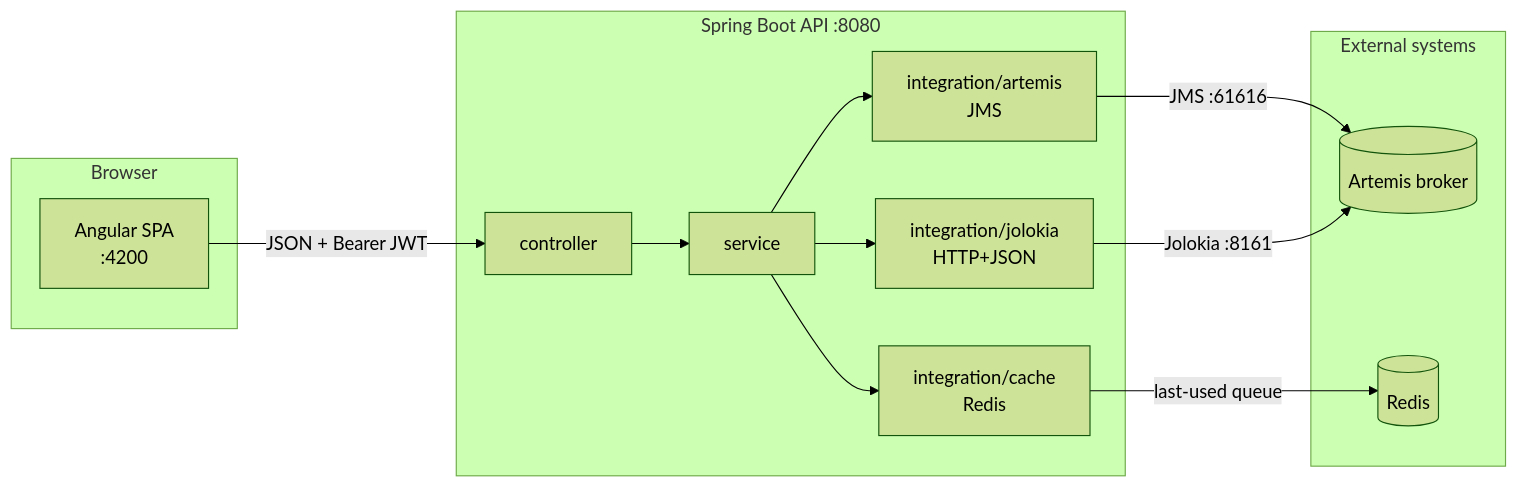
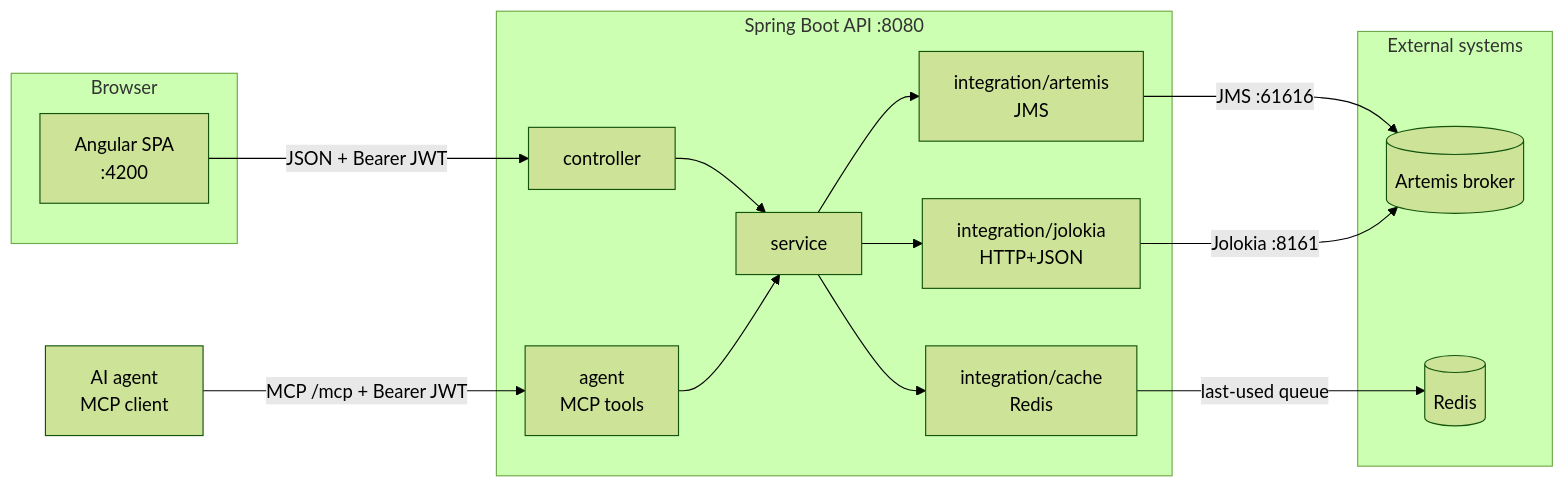
Before and after one commit to Jason-McKay/message-inspector: the diagram in README.md, drawn with Mermaid (forest theme). The commit also changed other lines of this file and 2 other files, not shown here.

Commit message:
docs: document MCP server usage and demo transcript

````diff
--- a/README.md
+++ b/README.md
@@ -24,22 +24,26 @@
 ```mermaid
 flowchart LR
     subgraph browser ["Browser"]
         NG[Angular SPA<br/>:4200]
     end
+    AI[AI agent<br/>MCP client]
     subgraph api ["Spring Boot API :8080"]
         C[controller]
+        T[agent<br/>MCP tools]
         S[service]
         IA[integration/artemis<br/>JMS]
         IJ[integration/jolokia<br/>HTTP+JSON]
         IC[integration/cache<br/>Redis]
         C --> S --> IA & IJ & IC
+        T --> S
     end
     subgraph infra ["External systems"]
         AB[(Artemis broker)]
         RD[(Redis)]
     end
     NG -- "JSON + Bearer JWT" --> C
+    AI -- "MCP /mcp + Bearer JWT" --> T
     IA -- "JMS :61616" --> AB
     IJ -- "Jolokia :8161" --> AB
     IC -- "last-used queue" --> RD
 ```
````
